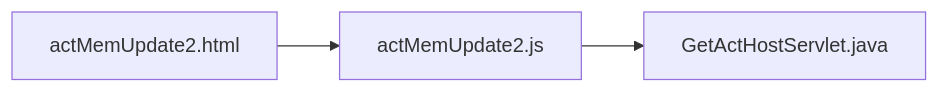
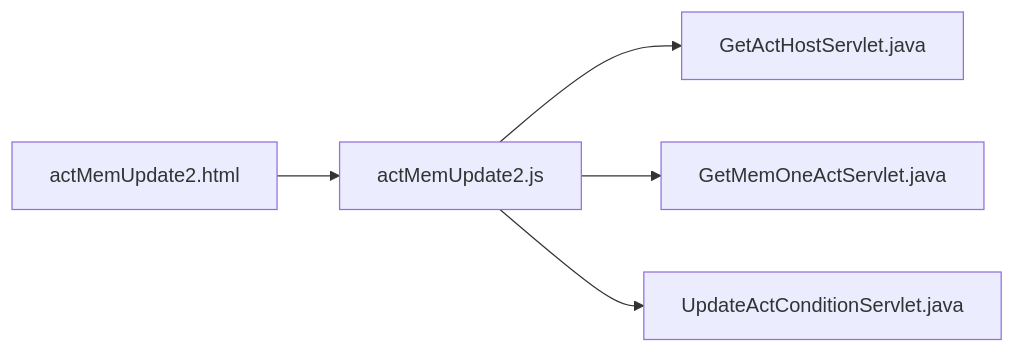
Before and after one commit to TLexYuW/CGA103G1OwnPart: the fourth of 11 diagrams in README.md, drawn with Mermaid.

Commit message:
LexVaultBackup: 2022-09-11 20:03:51
Affected files:
README.md

````diff
--- a/README.md
+++ b/README.md
@@ -82,4 +82,7 @@
 ```mermaid
 flowchart LR
 	aMU2html[actMemUpdate2.html] --> aMU2js[actMemUpdate2.js] --> GAHS[GetActHostServlet.java]
+	aMU2js --> GMOAS[GetMemOneActServlet.java]
+	aMU2js --> UACS[UpdateActConditionServlet.java]
+	
 ```  
````
